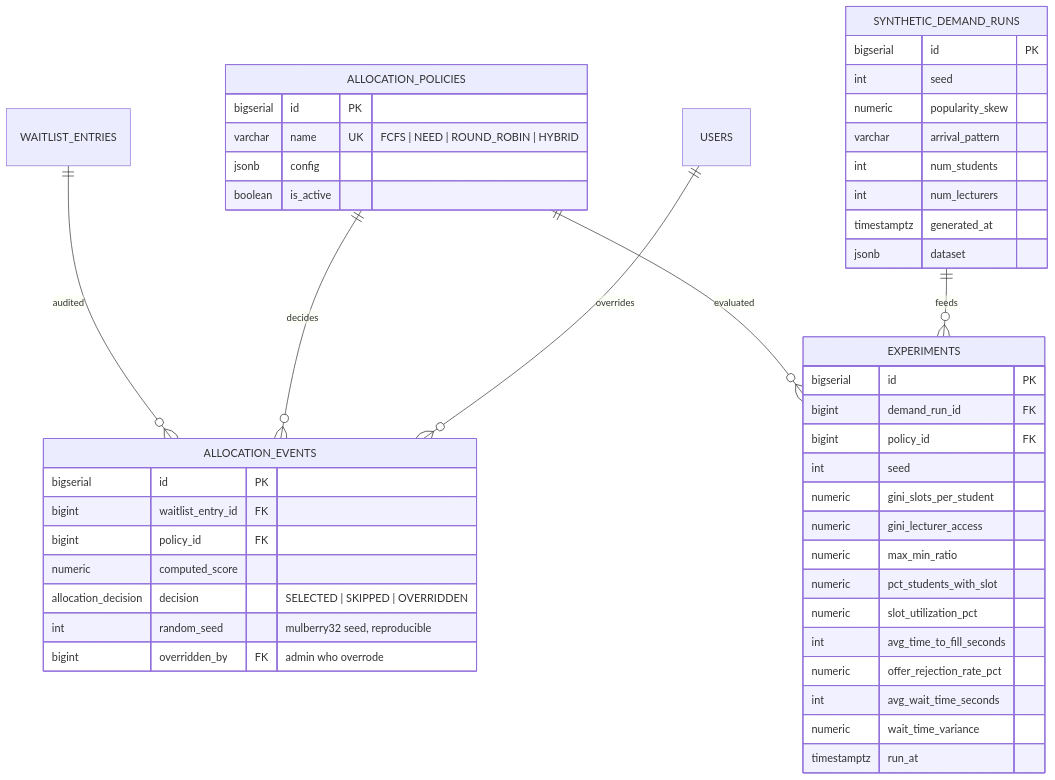
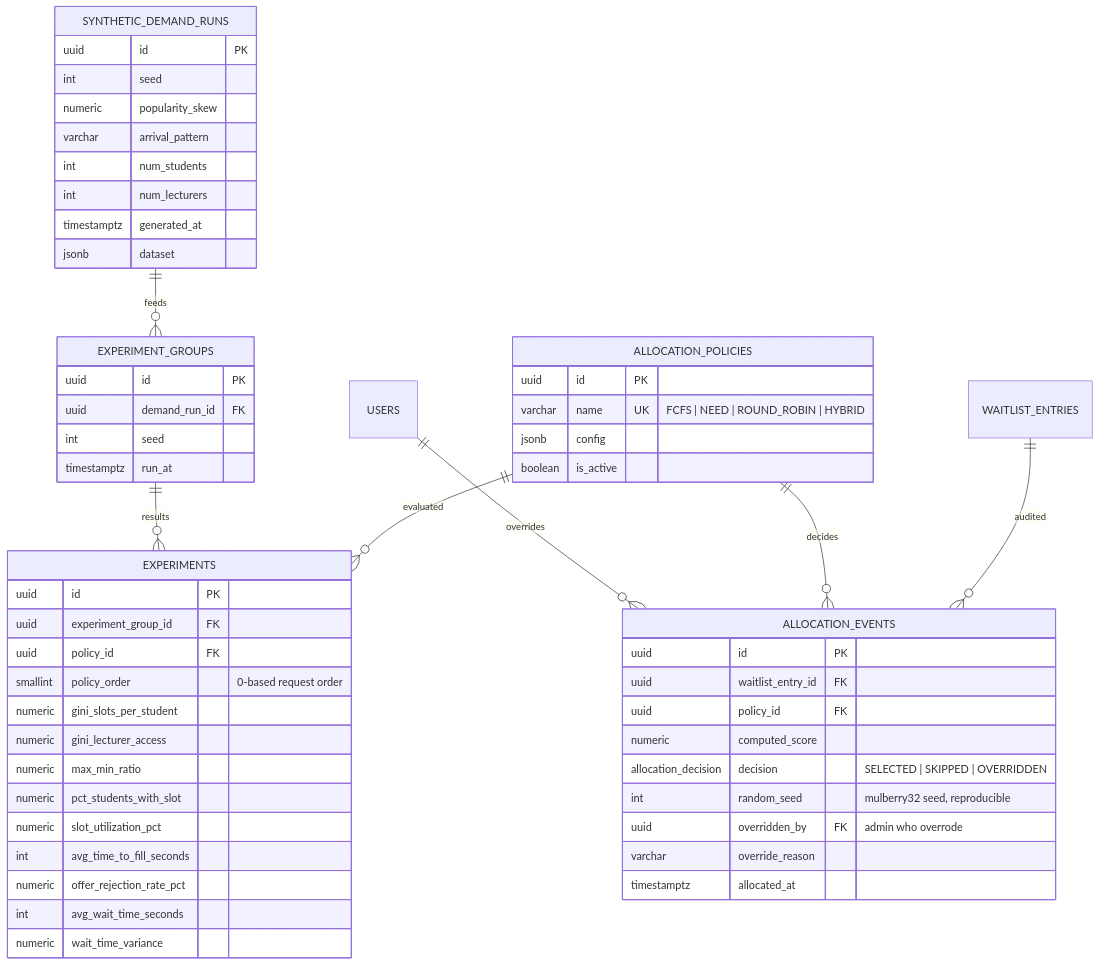
One commit to thien-0408/office-hours changed the sixth of 6 diagrams in docs/DB-SCHEMA-PROTOTYPE.md. Above: the diagram before and after it, drawn with Mermaid. The commit also changed other lines of this file and 10 other files, not shown here.

````diff
--- a/docs/DB-SCHEMA-PROTOTYPE.md
+++ b/docs/DB-SCHEMA-PROTOTYPE.md
@@ -291,49 +304,57 @@
 ```mermaid
 erDiagram
     ALLOCATION_POLICIES {
-        bigserial id PK
+        uuid id PK
         varchar name UK "FCFS | NEED | ROUND_ROBIN | HYBRID"
         jsonb config
         boolean is_active
     }
     ALLOCATION_EVENTS {
-        bigserial id PK
-        bigint waitlist_entry_id FK
-        bigint policy_id FK
+        uuid id PK
+        uuid waitlist_entry_id FK
+        uuid policy_id FK
         numeric computed_score
         allocation_decision decision "SELECTED | SKIPPED | OVERRIDDEN"
         int random_seed "mulberry32 seed, reproducible"
-        bigint overridden_by FK "admin who overrode"
+        uuid overridden_by FK "admin who overrode"
+        varchar override_reason
+        timestamptz allocated_at
     }
     SYNTHETIC_DEMAND_RUNS {
-        bigserial id PK
+        uuid id PK
         int seed
         numeric popularity_skew
         varchar arrival_pattern
         int num_students
         int num_lecturers
         timestamptz generated_at
         jsonb dataset
     }
+    EXPERIMENT_GROUPS {
+        uuid id PK
+        uuid demand_run_id FK
+        int seed
+        timestamptz run_at
+    }
     EXPERIMENTS {
-        bigserial id PK
-        bigint demand_run_id FK
-        bigint policy_id FK
-        int seed
+        uuid id PK
+        uuid experiment_group_id FK
+        uuid policy_id FK
+        smallint policy_order "0-based request order"
         numeric gini_slots_per_student
         numeric gini_lecturer_access
         numeric max_min_ratio
         numeric pct_students_with_slot
         numeric slot_utilization_pct
         int avg_time_to_fill_seconds
         numeric offer_rejection_rate_pct
         int avg_wait_time_seconds
         numeric wait_time_variance
-        timestamptz run_at
     }
     WAITLIST_ENTRIES ||--o{ ALLOCATION_EVENTS : audited
     ALLOCATION_POLICIES ||--o{ ALLOCATION_EVENTS : decides
     ALLOCATION_POLICIES ||--o{ EXPERIMENTS : evaluated
-    SYNTHETIC_DEMAND_RUNS ||--o{ EXPERIMENTS : feeds
+    SYNTHETIC_DEMAND_RUNS ||--o{ EXPERIMENT_GROUPS : feeds
+    EXPERIMENT_GROUPS ||--o{ EXPERIMENTS : results
     USERS ||--o{ ALLOCATION_EVENTS : overrides
 ```
````
